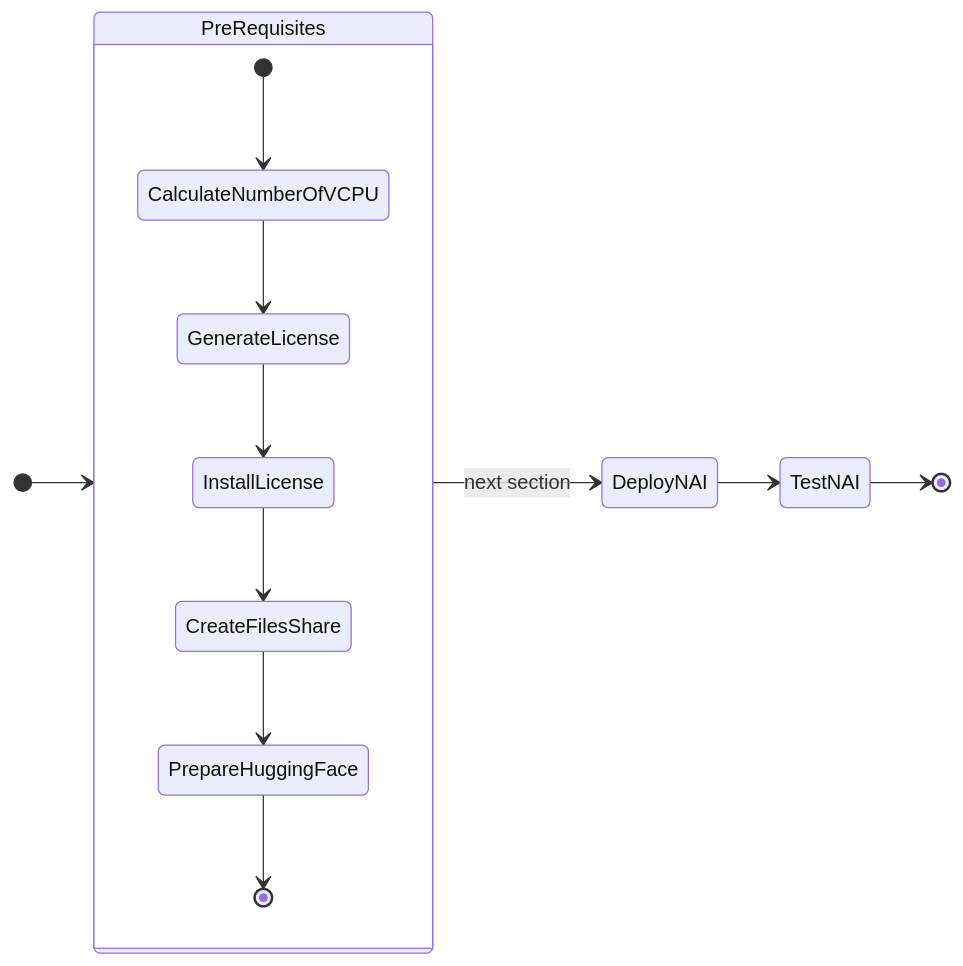
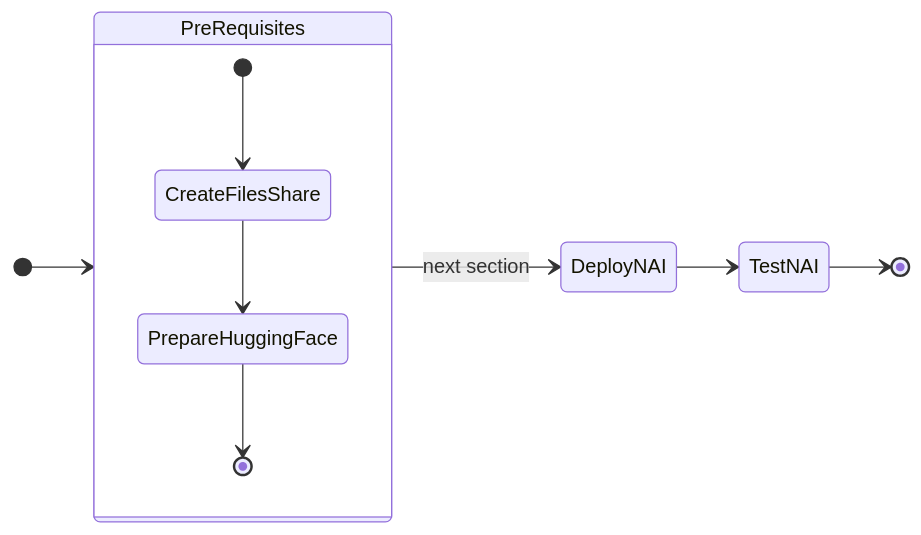
The diagram in docs/iep/iep_pre_reqs.md (nutanix-japan/nai-llm), drawn with Mermaid before and after one commit. The commit also changed other lines of this file and 1 other file, not shown here.

````diff
--- a/docs/iep/iep_pre_reqs.md
+++ b/docs/iep/iep_pre_reqs.md
@@ -7,19 +7,16 @@
 ```mermaid
 stateDiagram-v2
     direction LR
 
     state PreRequisites {
-        [*] --> CalculateNumberOfVCPU
-        CalculateNumberOfVCPU --> GenerateLicense
-        GenerateLicense --> InstallLicense
-        InstallLicense --> CreateFilesShare  
+        [*] --> CreateFilesShare  
         CreateFilesShare --> PrepareHuggingFace
         PrepareHuggingFace --> [*]
     }
   
 
     [*] --> PreRequisites
     PreRequisites --> DeployNAI : next section
     DeployNAI --> TestNAI
     TestNAI --> [*]
 ```
````
